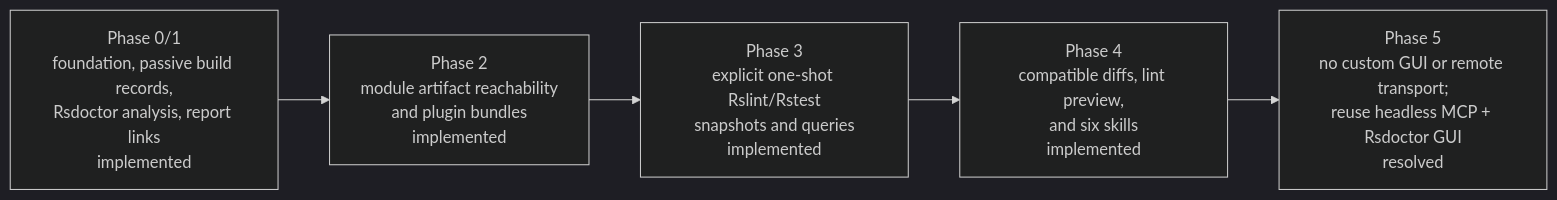
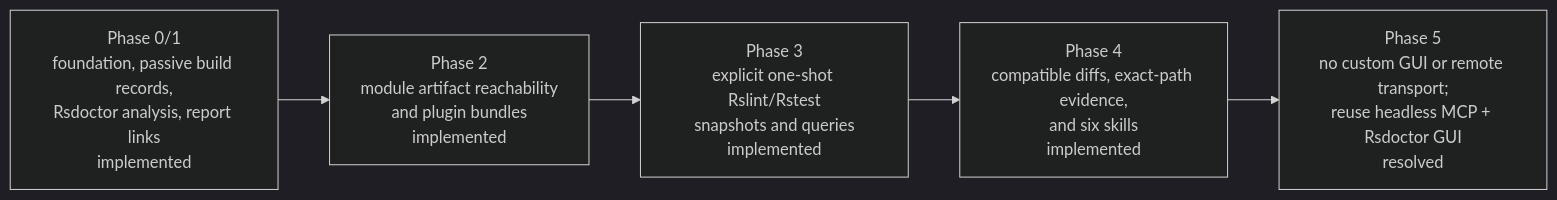
The eighth of 8 diagrams in docs/rfcs/0001-rstack-context-engine.md (rstackjs/rstack-cli), drawn with Mermaid (dark theme) before and after one commit. The commit also changed other lines of this file and 18 other files, not shown here.

````diff
--- a/docs/rfcs/0001-rstack-context-engine.md
+++ b/docs/rfcs/0001-rstack-context-engine.md
@@ -475,10 +507,10 @@
 ```mermaid
 flowchart LR
   P01["Phase 0/1<br/>foundation, passive build records,<br/>Rsdoctor analysis, report links<br/>implemented"]
   P2["Phase 2<br/>module artifact reachability<br/>and plugin bundles<br/>implemented"]
   P3["Phase 3<br/>explicit one-shot Rslint/Rstest<br/>snapshots and queries<br/>implemented"]
-  P4["Phase 4<br/>compatible diffs, lint preview,<br/>and six skills<br/>implemented"]
+  P4["Phase 4<br/>compatible diffs, exact-path evidence,<br/>and six skills<br/>implemented"]
   P5["Phase 5<br/>no custom GUI or remote transport;<br/>reuse headless MCP + Rsdoctor GUI<br/>resolved"]
 
   P01 --> P2 --> P3 --> P4 --> P5
 ```
````
